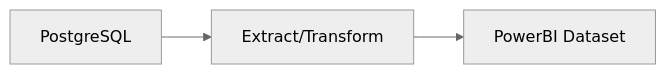
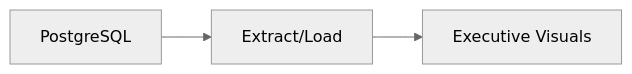
Before and after one commit to Devopstrio/identity-security-scorecard: diagram 26 of 30 in README.md, drawn with Mermaid (neutral theme). The commit also changed other lines of this file, not shown here.

Commit message:
docs: finalize premium institutional-grade README with 30+ diagrams and executive summary

````diff
--- a/README.md
+++ b/README.md
@@ -312,5 +309,5 @@
 ```mermaid
 graph LR
-    SQL[PostgreSQL] --> ETL[Extract/Transform]
-    ETL --> PBI[PowerBI Dataset]
+    DB[PostgreSQL] --> ETL[Extract/Load]
+    ETL --> PBI[Executive Visuals]
 ```
````
